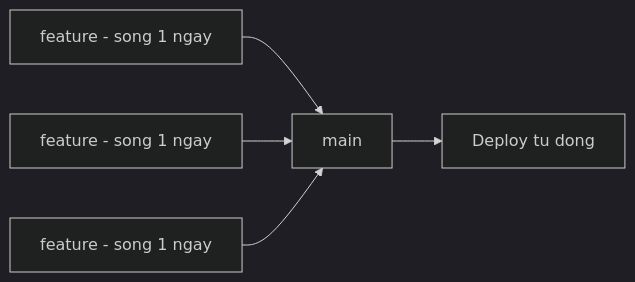
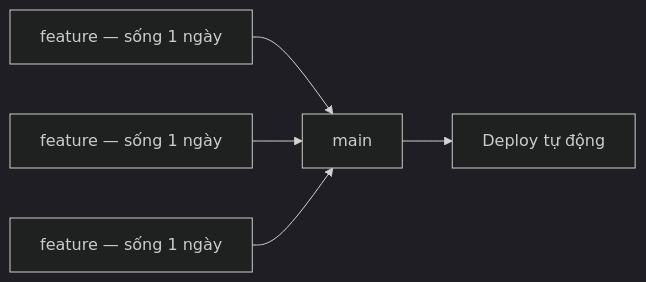
The third of 3 diagrams in docs/09-dotnet-backend-zero-to-senior/stage-01-foundation/module-03-git-developer-workflow/3.8-real-world-developer-workflow.mdx (TienNHM/tiennhm.github.io), drawn with Mermaid (dark theme) before and after one commit. The commit also changed other lines of this file and 17 other files, not shown here.

````diff
--- a/docs/09-dotnet-backend-zero-to-senior/stage-01-foundation/module-03-git-developer-workflow/3.8-real-world-developer-workflow.mdx
+++ b/docs/09-dotnet-backend-zero-to-senior/stage-01-foundation/module-03-git-developer-workflow/3.8-real-world-developer-workflow.mdx
@@ -87,7 +87,7 @@
 ```mermaid
 flowchart LR
-    F1[feature - song 1 ngay] --> M[main]
-    F2[feature - song 1 ngay] --> M
-    F3[feature - song 1 ngay] --> M
-    M --> P[Deploy tu dong]
+    F1[feature — sống 1 ngày] --> M[main]
+    F2[feature — sống 1 ngày] --> M
+    F3[feature — sống 1 ngày] --> M
+    M --> P[Deploy tự động]
 ```
````
